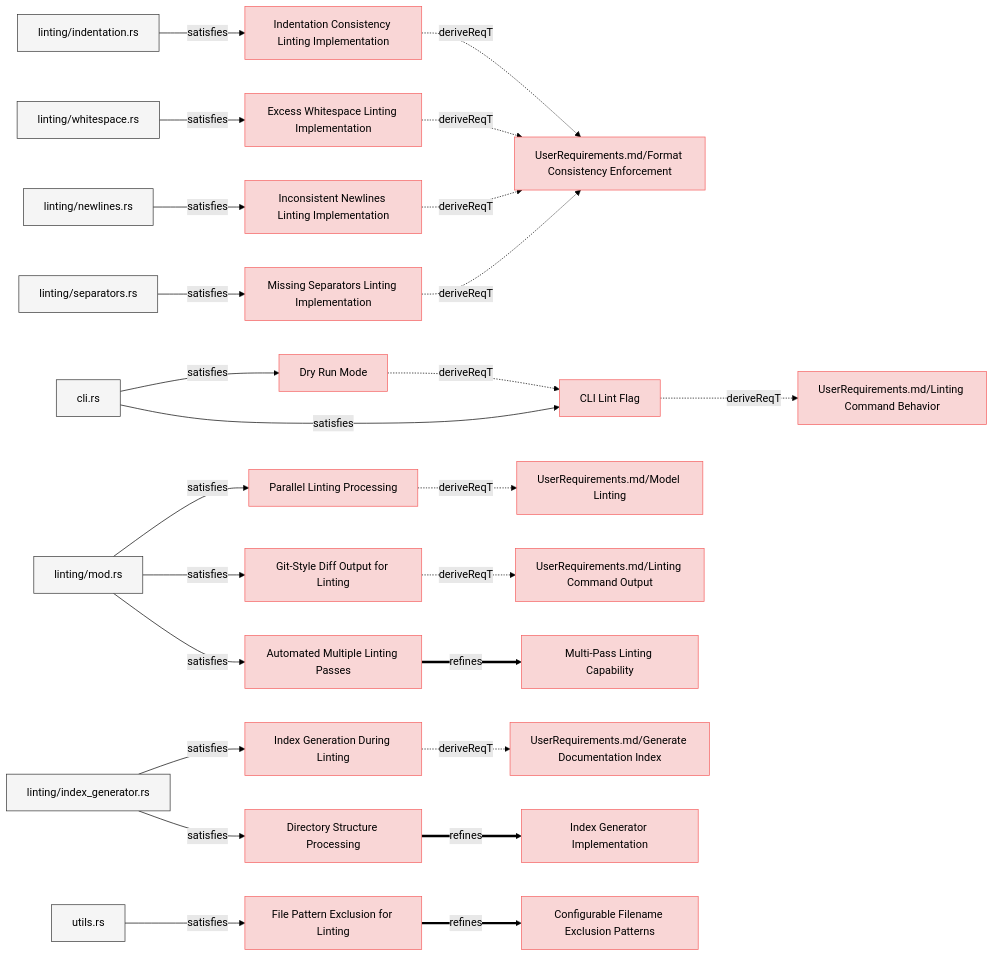
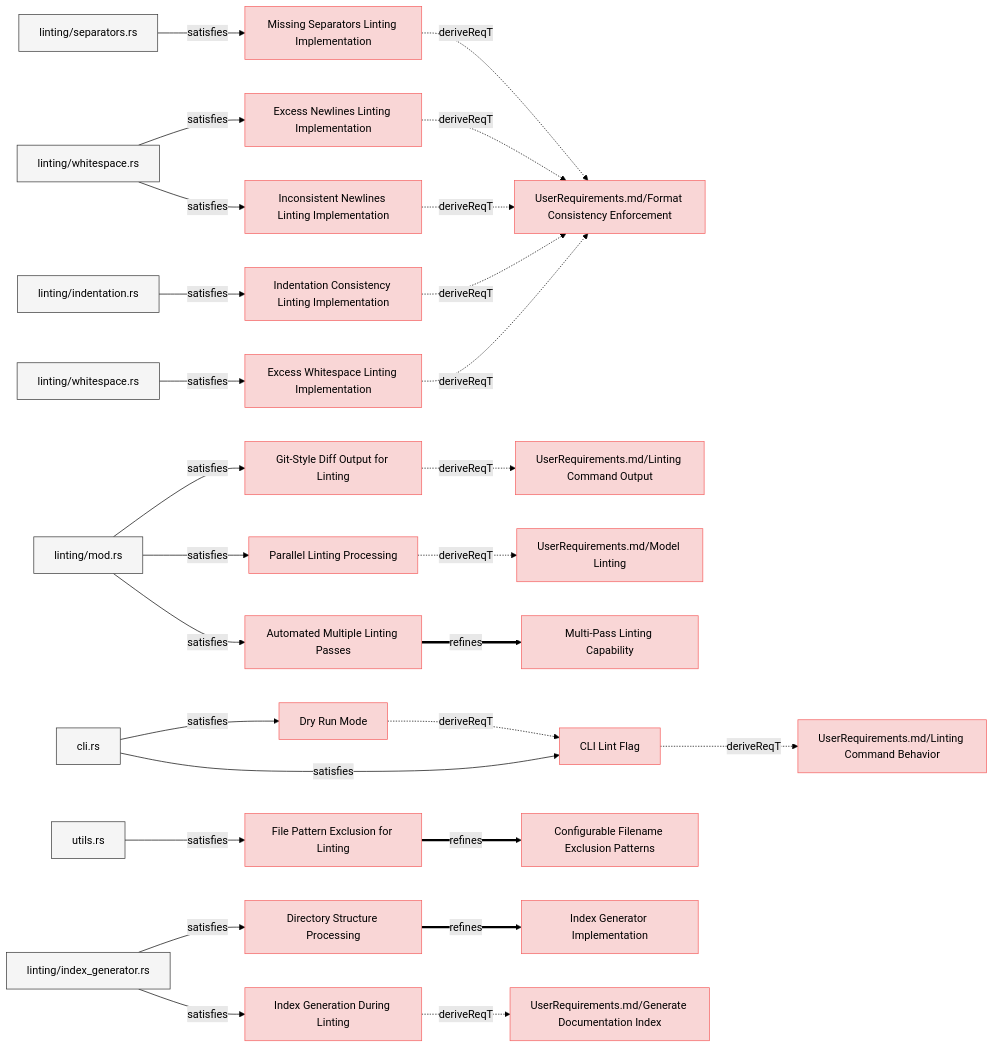
One commit to reqvire-org/reqvire changed the first of 3 diagrams in specifications/SystemRequirements/Requirements.md. Above: the diagram before and after it, drawn with Mermaid (forest theme). The commit also changed other lines of this file and 6 other files, not shown here.

Commit message:
Model updates: bug fix not adding diagrams.

````diff
--- a/specifications/SystemRequirements/Requirements.md
+++ b/specifications/SystemRequirements/Requirements.md
@@ -8,12 +8,62 @@
   classDef verification fill:#d6f9d6,stroke:#5fd75f,stroke-width:1px;
   classDef externalLink fill:#d0e0ff,stroke:#3080ff,stroke-width:1px;
   classDef default fill:#f5f5f5,stroke:#333333,stroke-width:1px;
+
+  63f1cd4974["Git-Style Diff Output for Linting"];
+  click 63f1cd4974 "Requirements.md#git-style-diff-output-for-linting";
+  class 63f1cd4974 requirement;
+  808b1863c8["UserRequirements.md/Linting Command Output"];
+  class 808b1863c8 requirement;
+  click 808b1863c8 "../UserRequirements.md#linting-command-output";
+  63f1cd4974 -.->|deriveReqT| 808b1863c8;
+  3c61a8f8d3["linting/mod.rs"];
+  class 3c61a8f8d3 default;
+  click 3c61a8f8d3 "../../src/linting/mod.rs";
+  3c61a8f8d3 -->|satisfies| 63f1cd4974;
+  106181e9df["Excess Newlines Linting Implementation"];
+  click 106181e9df "Requirements.md#excess-newlines-linting-implementation";
+  class 106181e9df requirement;
+  81758bdb22["UserRequirements.md/Format Consistency Enforcement"];
+  class 81758bdb22 requirement;
+  click 81758bdb22 "../UserRequirements.md#format-consistency-enforcement";
+  106181e9df -.->|deriveReqT| 81758bdb22;
+  adb880afe2["linting/whitespace.rs"];
+  class adb880afe2 default;
+  click adb880afe2 "../../src/linting/newlines.rs";
+  adb880afe2 -->|satisfies| 106181e9df;
+  8f2198f681["Dry Run Mode"];
+  click 8f2198f681 "Requirements.md#dry-run-mode";
+  class 8f2198f681 requirement;
+  fffbb22796["CLI Lint Flag"];
+  class fffbb22796 requirement;
+  click fffbb22796 "Requirements.md#cli-lint-flag";
+  8f2198f681 -.->|deriveReqT| fffbb22796;
+  6b749da146["cli.rs"];
+  class 6b749da146 default;
+  click 6b749da146 "../../src/cli.rs";
+  6b749da146 -->|satisfies| 8f2198f681;
+  dd0846393d["Missing Separators Linting Implementation"];
+  click dd0846393d "Requirements.md#missing-separators-linting-implementation";
+  class dd0846393d requirement;
+  dd0846393d -.->|deriveReqT| 81758bdb22;
+  b90e4bcdd6["linting/separators.rs"];
+  class b90e4bcdd6 default;
+  click b90e4bcdd6 "../../src/linting/separators.rs";
+  b90e4bcdd6 -->|satisfies| dd0846393d;
+  45770e9b31["File Pattern Exclusion for Linting"];
+  click 45770e9b31 "Requirements.md#file-pattern-exclusion-for-linting";
+  class 45770e9b31 requirement;
+  cc8128cae3["Configurable Filename Exclusion Patterns"];
+  class cc8128cae3 requirement;
+  click cc8128cae3 "Requirements.md#configurable-filename-exclusion-patterns";
+  45770e9b31 ==>|refines| cc8128cae3;
+  5962484230["utils.rs"];
+  class 5962484230 default;
+  click 5962484230 "../../src/utils.rs";
+  5962484230 -->|satisfies| 45770e9b31;
   3efb9595f2["Indentation Consistency Linting Implementation"];
   click 3efb9595f2 "Requirements.md#indentation-consistency-linting-implementation";
   class 3efb9595f2 requirement;
-  81758bdb22["UserRequirements.md/Format Consistency Enforcement"];
-  class 81758bdb22 requirement;
-  click 81758bdb22 "../UserRequirements.md#format-consistency-enforcement";
   3efb9595f2 -.->|deriveReqT| 81758bdb22;
   5604a53ad3["linting/indentation.rs"];
   class 5604a53ad3 default;
@@ -26,37 +76,26 @@
   class 103ddb8dc3 requirement;
   click 103ddb8dc3 "../UserRequirements.md#model-linting";
   66aa36deca -.->|deriveReqT| 103ddb8dc3;
-  3c61a8f8d3["linting/mod.rs"];
-  class 3c61a8f8d3 default;
-  click 3c61a8f8d3 "../../src/linting/mod.rs";
   3c61a8f8d3 -->|satisfies| 66aa36deca;
-  74344124a8["Index Generation During Linting"];
-  click 74344124a8 "Requirements.md#index-generation-during-linting";
-  class 74344124a8 requirement;
-  f5b5eaeb28["UserRequirements.md/Generate Documentation Index"];
-  class f5b5eaeb28 requirement;
-  click f5b5eaeb28 "../UserRequirements.md#generate-documentation-index";
-  74344124a8 -.->|deriveReqT| f5b5eaeb28;
+  ec14dc67ea["Automated Multiple Linting Passes"];
+  click ec14dc67ea "Requirements.md#automated-multiple-linting-passes";
+  class ec14dc67ea requirement;
+  feb2e14e3b["Multi-Pass Linting Capability"];
+  class feb2e14e3b requirement;
+  click feb2e14e3b "Requirements.md#multi-pass-linting-capability";
+  ec14dc67ea ==>|refines| feb2e14e3b;
+  3c61a8f8d3 -->|satisfies| ec14dc67ea;
+  d93eda81e3["Directory Structure Processing"];
+  click d93eda81e3 "Requirements.md#directory-structure-processing";
+  class d93eda81e3 requirement;
+  ec70b05609["Index Generator Implementation"];
+  class ec70b05609 requirement;
+  click ec70b05609 "Requirements.md#index-generator-implementation";
+  d93eda81e3 ==>|refines| ec70b05609;
   58ac33706d["linting/index_generator.rs"];
   class 58ac33706d default;
   click 58ac33706d "../../src/linting/index_generator.rs";
-  58ac33706d -->|satisfies| 74344124a8;
-  8f2198f681["Dry Run Mode"];
-  click 8f2198f681 "Requirements.md#dry-run-mode";
-  class 8f2198f681 requirement;
-  fffbb22796["CLI Lint Flag"];
-  class fffbb22796 requirement;
-  click fffbb22796 "Requirements.md#cli-lint-flag";
-  8f2198f681 -.->|deriveReqT| fffbb22796;
-  6b749da146["cli.rs"];
-  class 6b749da146 default;
-  click 6b749da146 "../../src/cli.rs";
-  6b749da146 -->|satisfies| 8f2198f681;
-  887a7d36ca["UserRequirements.md/Linting Command Behavior"];
-  class 887a7d36ca requirement;
-  click 887a7d36ca "../UserRequirements.md#linting-command";
-  fffbb22796 -.->|deriveReqT| 887a7d36ca;
-  6b749da146 -->|satisfies| fffbb22796;
+  58ac33706d -->|satisfies| d93eda81e3;
   3f3d3f9ccb["Excess Whitespace Linting Implementation"];
   click 3f3d3f9ccb "Requirements.md#excess-whitespace-linting-implementation";
   class 3f3d3f9ccb requirement;
@@ -69,51 +108,18 @@
   click 6e1435ad10 "Requirements.md#inconsistent-newlines-linting-implementation";
   class 6e1435ad10 requirement;
   6e1435ad10 -.->|deriveReqT| 81758bdb22;
-  adb880afe2["linting/newlines.rs"];
-  class adb880afe2 default;
-  click adb880afe2 "../../src/linting/newlines.rs";
   adb880afe2 -->|satisfies| 6e1435ad10;
-  63f1cd4974["Git-Style Diff Output for Linting"];
-  click 63f1cd4974 "Requirements.md#git-style-diff-output-for-linting";
-  class 63f1cd4974 requirement;
-  808b1863c8["UserRequirements.md/Linting Command Output"];
-  class 808b1863c8 requirement;
-  click 808b1863c8 "../UserRequirements.md#linting-command-output";
-  63f1cd4974 -.->|deriveReqT| 808b1863c8;
-  3c61a8f8d3 -->|satisfies| 63f1cd4974;
-  45770e9b31["File Pattern Exclusion for Linting"];
-  click 45770e9b31 "Requirements.md#file-pattern-exclusion-for-linting";
-  class 45770e9b31 requirement;
-  cc8128cae3["Configurable Filename Exclusion Patterns"];
-  class cc8128cae3 requirement;
-  click cc8128cae3 "Requirements.md#configurable-filename-exclusion-patterns";
-  45770e9b31 ==>|refines| cc8128cae3;
-  5962484230["utils.rs"];
-  class 5962484230 default;
-  click 5962484230 "../../src/utils.rs";
-  5962484230 -->|satisfies| 45770e9b31;
-  ec14dc67ea["Automated Multiple Linting Passes"];
-  click ec14dc67ea "Requirements.md#automated-multiple-linting-passes";
-  class ec14dc67ea requirement;
-  feb2e14e3b["Multi-Pass Linting Capability"];
-  class feb2e14e3b requirement;
-  click feb2e14e3b "Requirements.md#multi-pass-linting-capability";
-  ec14dc67ea ==>|refines| feb2e14e3b;
-  3c61a8f8d3 -->|satisfies| ec14dc67ea;
-  dd0846393d["Missing Separators Linting Implementation"];
-  click dd0846393d "Requirements.md#missing-separators-linting-implementation";
-  class dd0846393d requirement;
-  dd0846393d -.->|deriveReqT| 81758bdb22;
-  b90e4bcdd6["linting/separators.rs"];
-  class b90e4bcdd6 default;
-  click b90e4bcdd6 "../../src/linting/separators.rs";
-  b90e4bcdd6 -->|satisfies| dd0846393d;
-  d93eda81e3["Directory Structure Processing"];
-  click d93eda81e3 "Requirements.md#directory-structure-processing";
-  class d93eda81e3 requirement;
-  ec70b05609["Index Generator Implementation"];
-  class ec70b05609 requirement;
-  click ec70b05609 "Requirements.md#index-generator-implementation";
-  d93eda81e3 ==>|refines| ec70b05609;
-  58ac33706d -->|satisfies| d93eda81e3;
+  74344124a8["Index Generation During Linting"];
+  click 74344124a8 "Requirements.md#index-generation-during-linting";
+  class 74344124a8 requirement;
+  f5b5eaeb28["UserRequirements.md/Generate Documentation Index"];
+  class f5b5eaeb28 requirement;
+  click f5b5eaeb28 "../UserRequirements.md#generate-documentation-index";
+  74344124a8 -.->|deriveReqT| f5b5eaeb28;
+  58ac33706d -->|satisfies| 74344124a8;
+  887a7d36ca["UserRequirements.md/Linting Command Behavior"];
+  class 887a7d36ca requirement;
+  click 887a7d36ca "../UserRequirements.md#linting-command";
+  fffbb22796 -.->|deriveReqT| 887a7d36ca;
+  6b749da146 -->|satisfies| fffbb22796;
 ```
````
